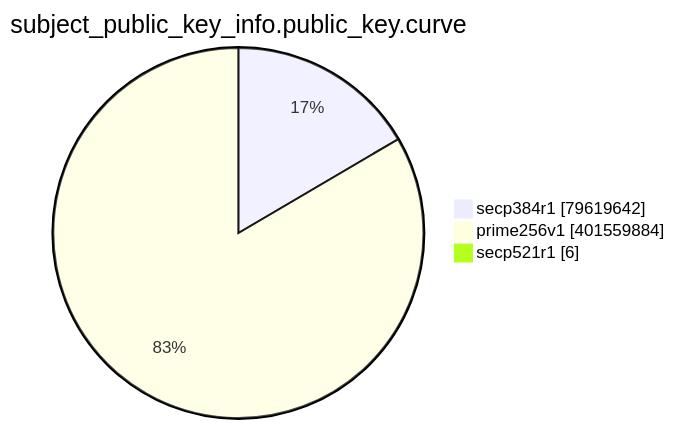
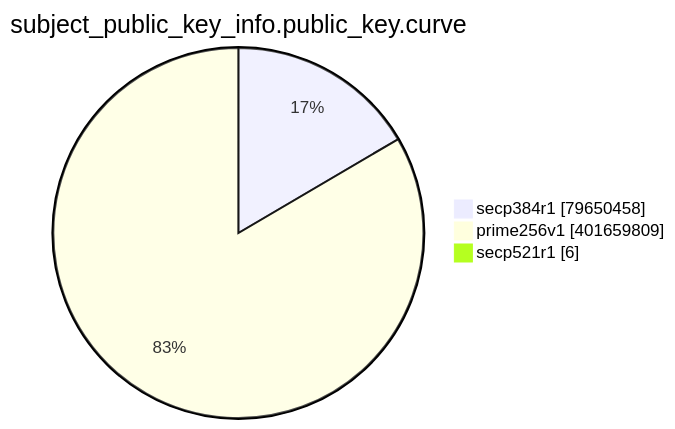
The eighth of 15 diagrams in TOTAL/README.md (christiankrug/ctmonitor_visualization), drawn with Mermaid before and after one commit. The commit also changed other lines of this file, not shown here.

````diff
--- a/TOTAL/README.md
+++ b/TOTAL/README.md
@@ -3095,7 +3095,7 @@
 ```mermaid
 pie showData
 title subject_public_key_info.public_key.curve
-"secp384r1" :79619642
-"prime256v1" :401559884
+"secp384r1" :79650458
+"prime256v1" :401659809
 "secp521r1" :6
 ```
````
